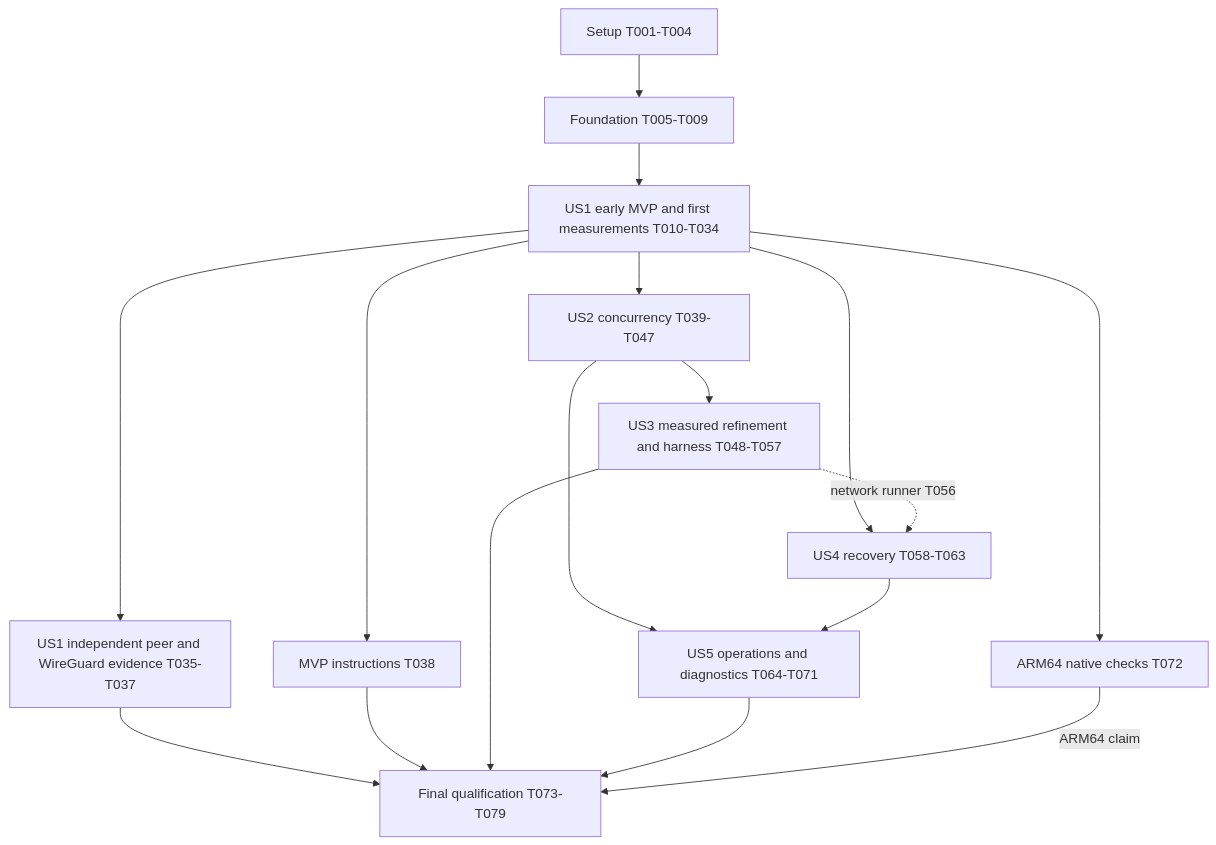
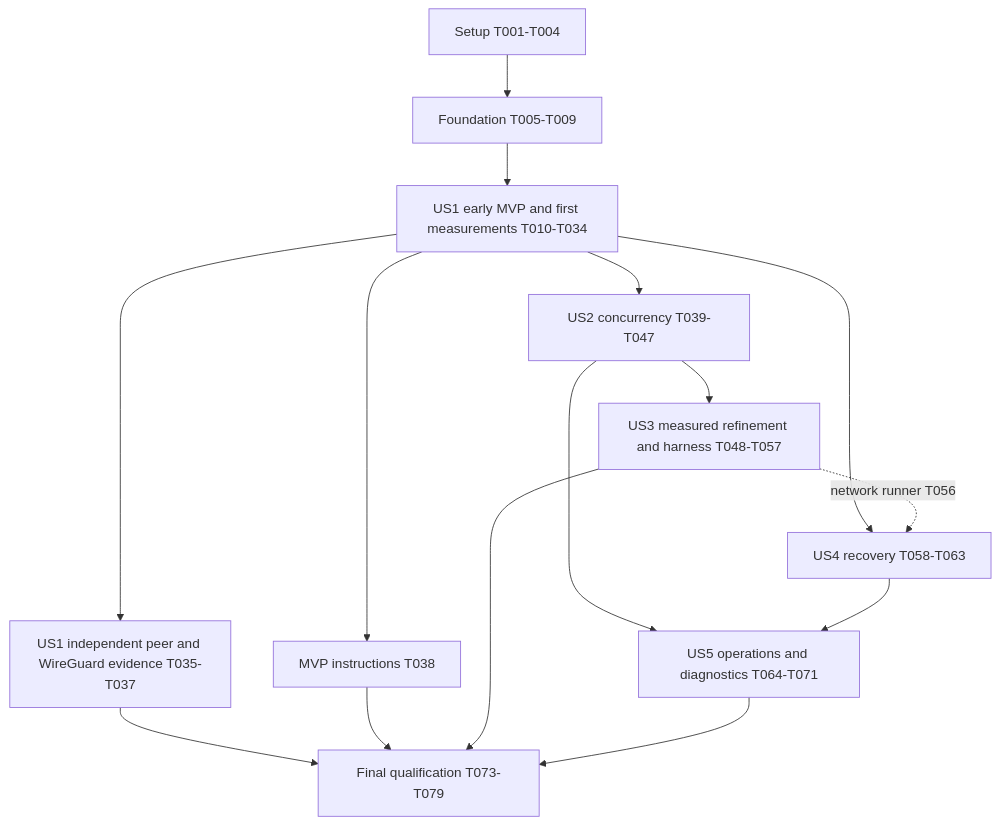
One commit to 0xf836/remora changed the diagram in specs/001-masque-udp-tunnel/tasks.md. Above: the diagram before and after it, drawn with Mermaid. The commit also changed other lines of this file and 130 other files, not shown here.

````diff
--- a/specs/001-masque-udp-tunnel/tasks.md
+++ b/specs/001-masque-udp-tunnel/tasks.md
@@ -388,19 +565,17 @@
 ```mermaid
 flowchart TD
     S[Setup T001-T004] --> F[Foundation T005-T009]
     F --> M[US1 early MVP and first measurements T010-T034]
     M --> U1[US1 independent peer and WireGuard evidence T035-T037]
     M --> D[MVP instructions T038]
     M --> U2[US2 concurrency T039-T047]
     U2 --> U3[US3 measured refinement and harness T048-T057]
     M --> U4[US4 recovery T058-T063]
     U3 -. network runner T056 .-> U4
     U2 --> U5[US5 operations and diagnostics T064-T071]
     U4 --> U5
-    M --> A[ARM64 native checks T072]
     U1 --> R[Final qualification T073-T079]
     D --> R
     U3 --> R
     U5 --> R
-    A -->|ARM64 claim| R
 ```
````
